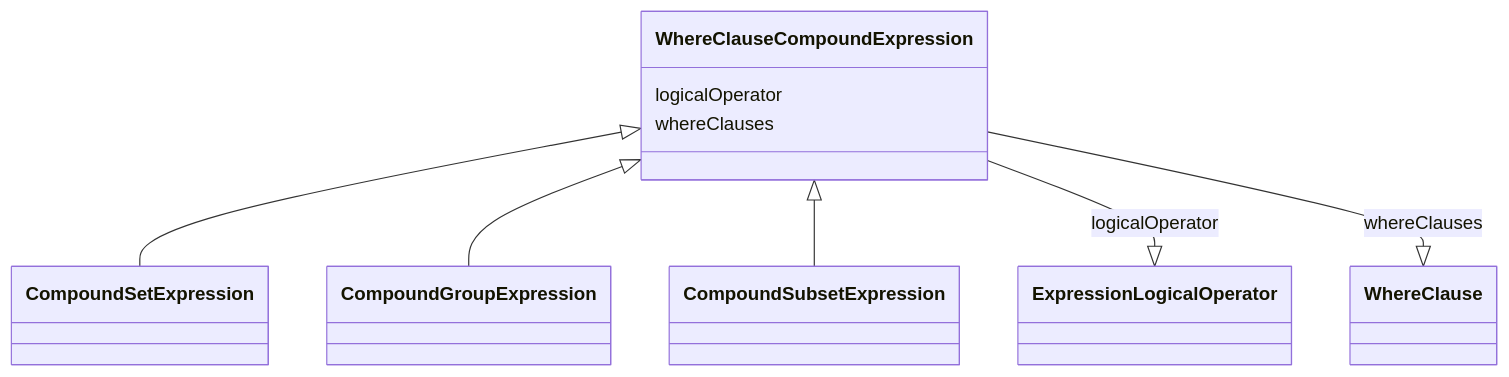
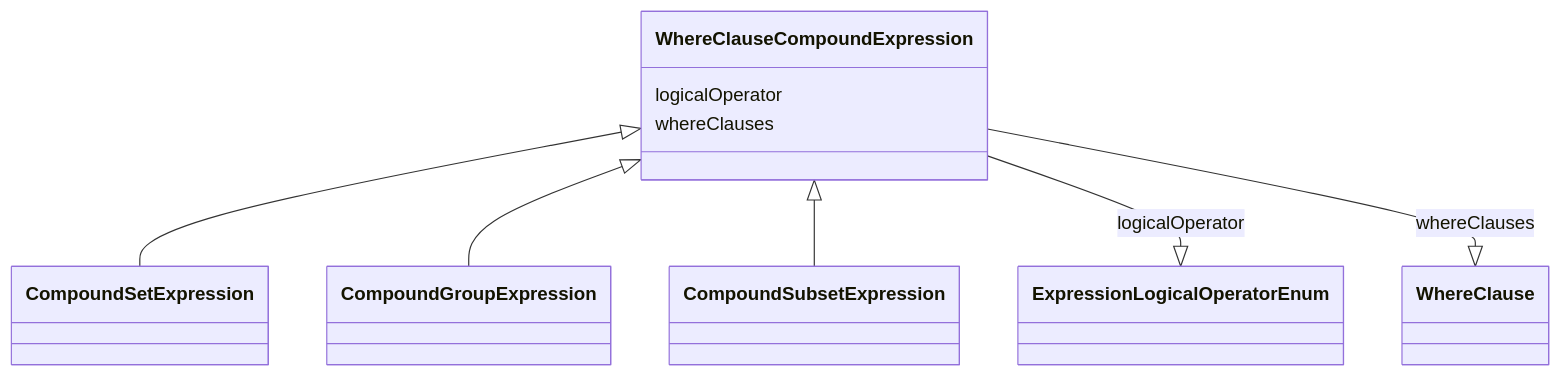
One commit to cdisc-org/analysis-results-standard changed the diagram in project/docs/WhereClauseCompoundExpression.md. Above: the diagram before and after it, drawn with Mermaid. The commit also changed other lines of this file and 281 other files, not shown here.

````diff
--- a/project/docs/WhereClauseCompoundExpression.md
+++ b/project/docs/WhereClauseCompoundExpression.md
@@ -9,17 +9,17 @@
 ```mermaid
  classDiagram
     class WhereClauseCompoundExpression
       WhereClauseCompoundExpression <|-- CompoundSetExpression
       WhereClauseCompoundExpression <|-- CompoundGroupExpression
       WhereClauseCompoundExpression <|-- CompoundSubsetExpression
       
       WhereClauseCompoundExpression : logicalOperator
         
-          WhereClauseCompoundExpression --|> ExpressionLogicalOperator : logicalOperator
+          WhereClauseCompoundExpression --|> ExpressionLogicalOperatorEnum : logicalOperator
         
       WhereClauseCompoundExpression : whereClauses
         
           WhereClauseCompoundExpression --|> WhereClause : whereClauses
         
       
 ```
````
